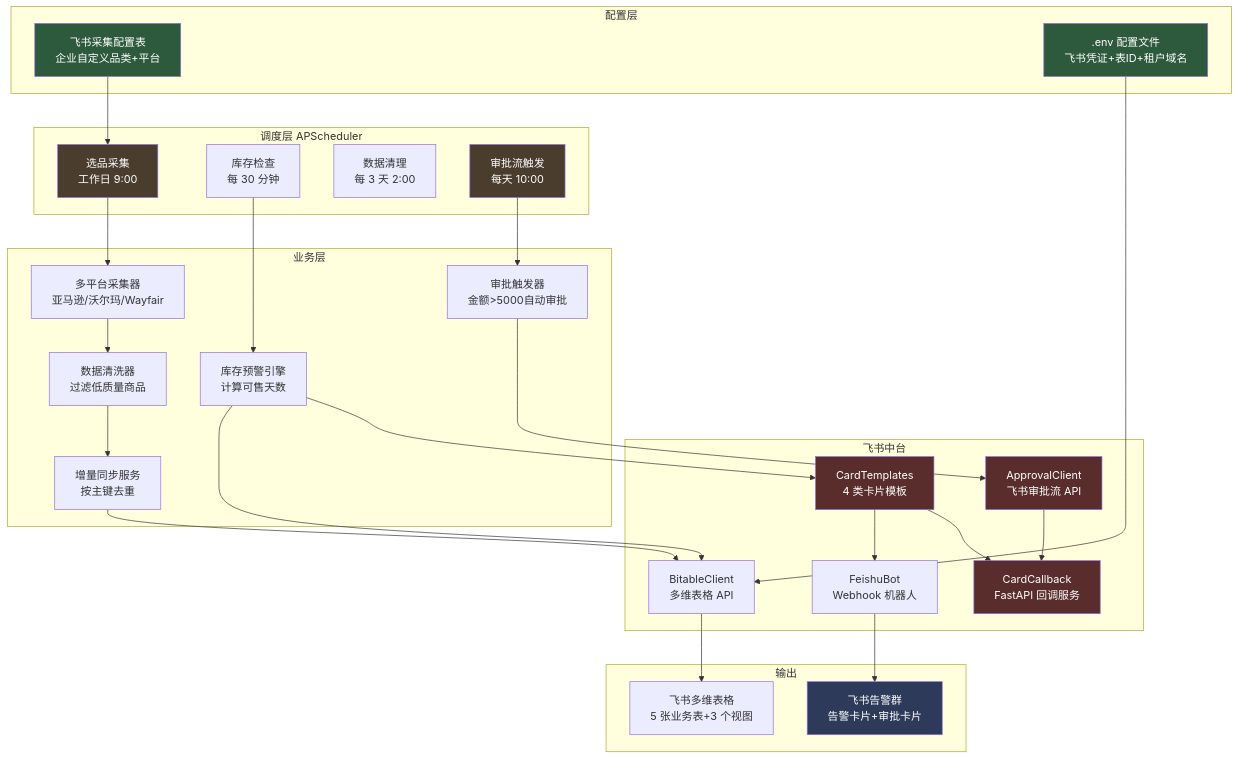
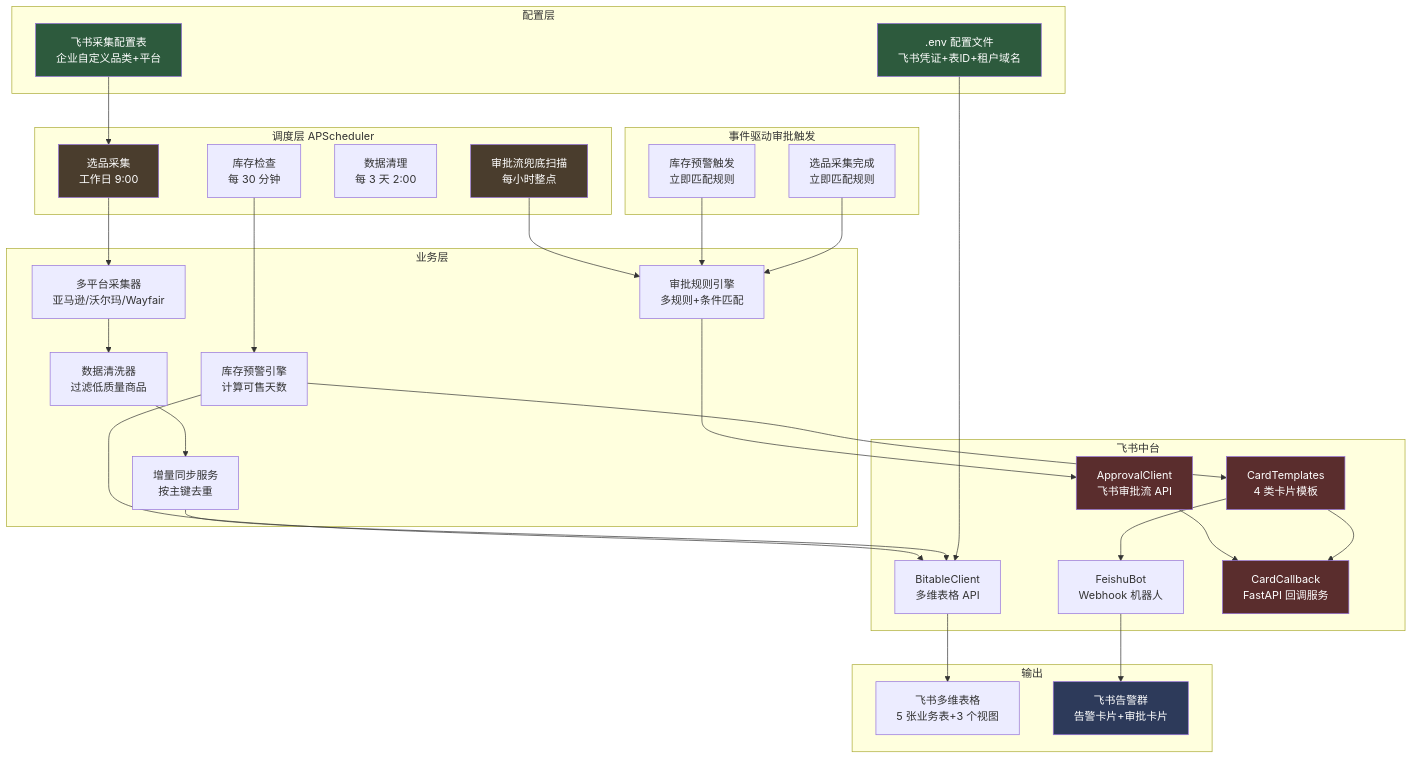
The second of 2 diagrams in README.md (lbh1nb/cross-border-ai-platform), drawn with Mermaid before and after one commit. The commit also changed other lines of this file and 30 other files, not shown here.

````diff
--- a/README.md
+++ b/README.md
@@ -77,53 +77,61 @@
 ```mermaid
 flowchart TB
     subgraph 配置层
         A1[飞书采集配置表<br/>企业自定义品类+平台]
         A2[.env 配置文件<br/>飞书凭证+表ID+租户域名]
     end
 
     subgraph 调度层[调度层 APScheduler]
         B1[选品采集<br/>工作日 9:00]
         B2[库存检查<br/>每 30 分钟]
         B3[数据清理<br/>每 3 天 2:00]
-        B5[审批流触发<br/>每天 10:00]
+        B5[审批流兜底扫描<br/>每小时整点]
+    end
+
+    subgraph 事件驱动[事件驱动审批触发]
+        EV1[选品采集完成<br/>立即匹配规则]
+        EV2[库存预警触发<br/>立即匹配规则]
     end
 
     subgraph 业务层
         C1[多平台采集器<br/>亚马逊/沃尔玛/Wayfair]
         C2[数据清洗器<br/>过滤低质量商品]
         C3[增量同步服务<br/>按主键去重]
         C4[库存预警引擎<br/>计算可售天数]
-        C5[审批触发器<br/>金额>5000自动审批]
+        C5[审批规则引擎<br/>多规则+条件匹配]
     end
 
     subgraph 飞书中台
         D1[BitableClient<br/>多维表格 API]
         D2[FeishuBot<br/>Webhook 机器人]
         D3[CardTemplates<br/>4 类卡片模板]
         D4[CardCallback<br/>FastAPI 回调服务]
         D5[ApprovalClient<br/>飞书审批流 API]
     end
 
     subgraph 输出
         E1[飞书多维表格<br/>5 张业务表+3 个视图]
         E2[飞书告警群<br/>告警卡片+审批卡片]
     end
 
     A1 --> B1
     A2 --> D1
     B1 --> C1 --> C2 --> C3 --> D1 --> E1
     B2 --> C4 --> D1
     C4 --> D3 --> D2 --> E2
     D3 --> D4
-    B5 --> C5 --> D5
+    EV1 --> C5
+    EV2 --> C5
+    B5 --> C5
+    C5 --> D5
     D5 --> D4
 
     style A1 fill:#2d5a3d,color:#fff
     style A2 fill:#2d5a3d,color:#fff
     style B1 fill:#4a3d2d,color:#fff
     style B5 fill:#4a3d2d,color:#fff
     style D3 fill:#5a2d2d,color:#fff
     style D4 fill:#5a2d2d,color:#fff
     style D5 fill:#5a2d2d,color:#fff
     style E2 fill:#2d3a5a,color:#fff
 ```
````
